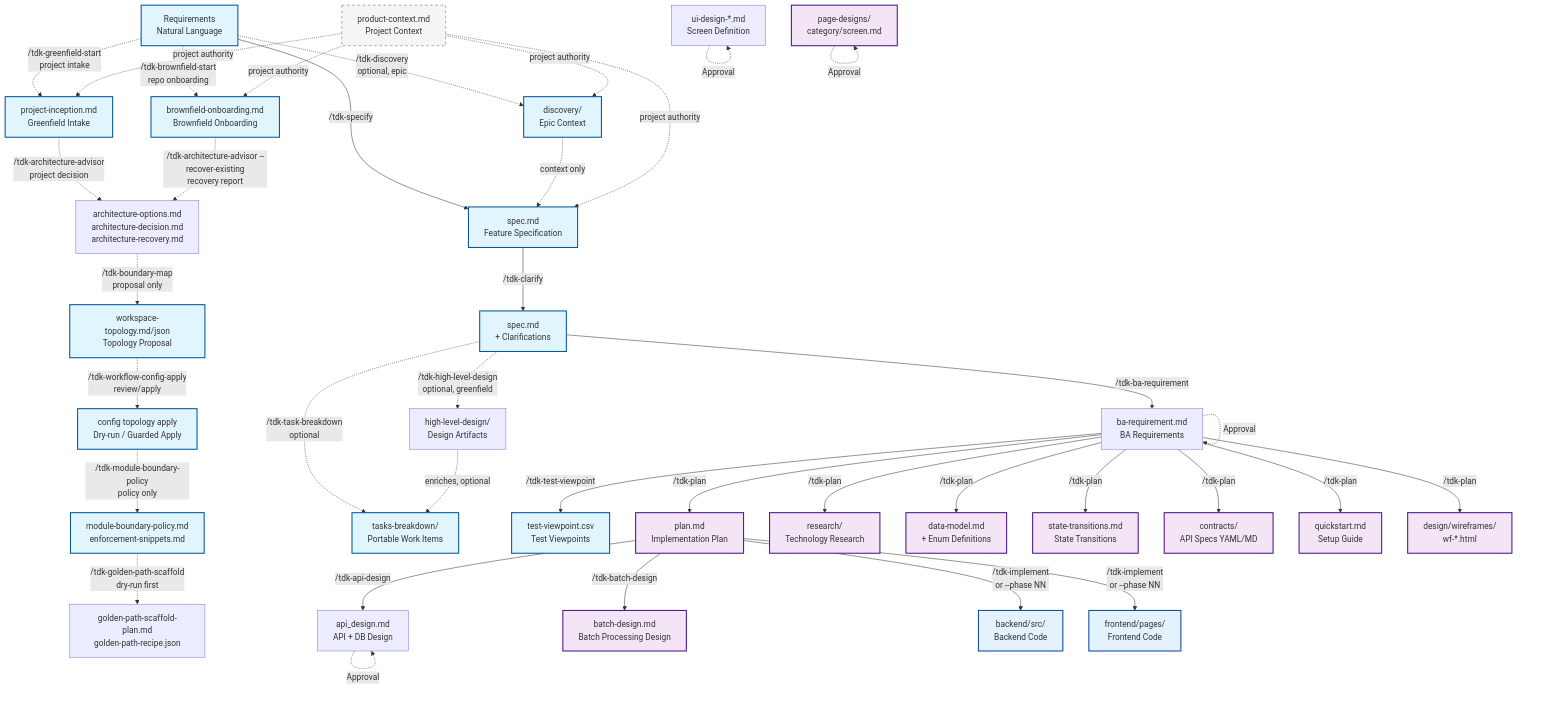
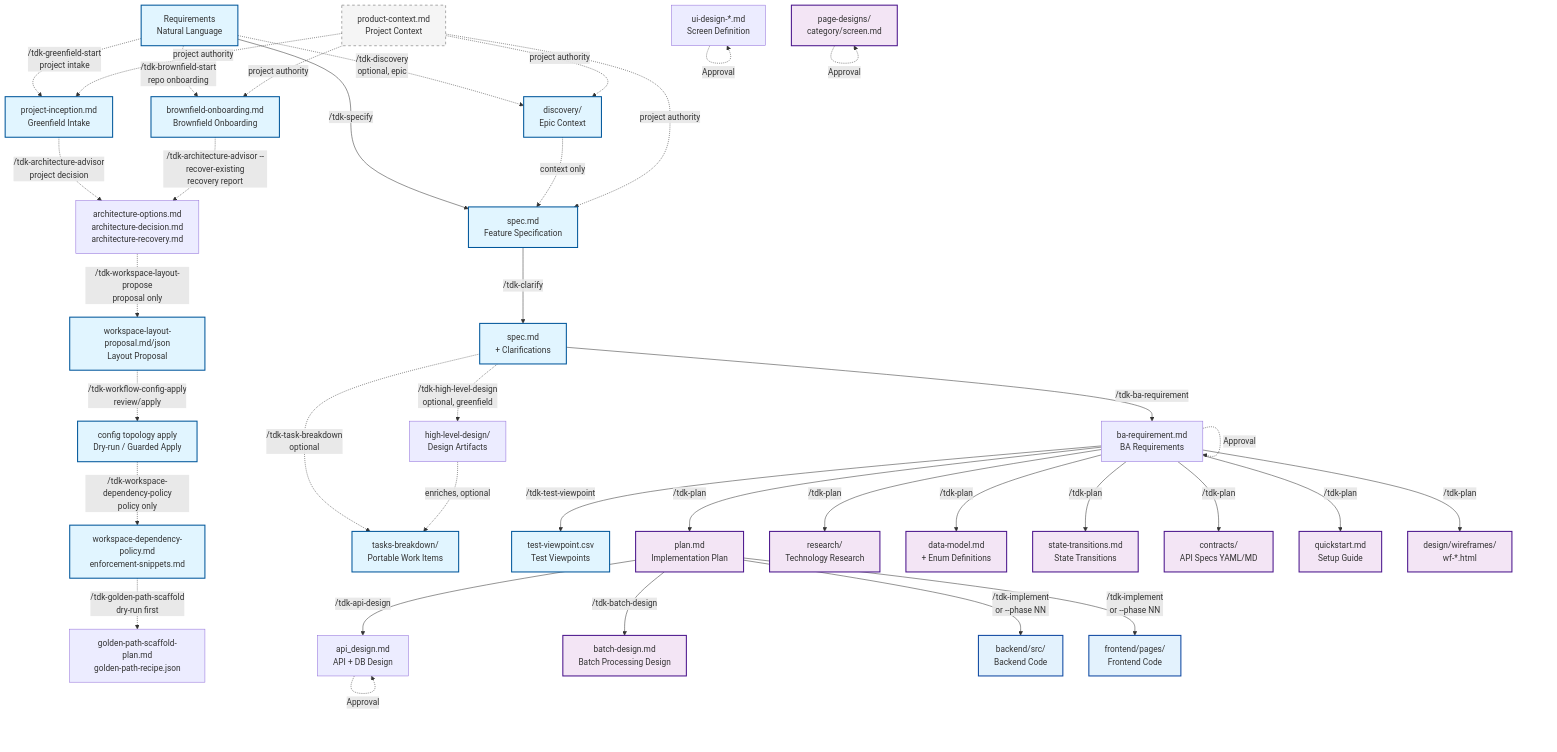
The first of 8 diagrams in .specify/docs/en/guides/document-flow.md (vinhltt/tdk), drawn with Mermaid before and after one commit. The commit also changed other lines of this file and 132 other files, not shown here.

````diff
--- a/.specify/docs/en/guides/document-flow.md
+++ b/.specify/docs/en/guides/document-flow.md
@@ -12,77 +12,77 @@
 ```mermaid
 flowchart TD
     %% Phase 0: Specification
     REQ[Requirements<br/>Natural Language]
     PRODUCT_CONTEXT[product-context.md<br/>Project Context]
     GREENFIELD_INCEPTION[project-inception.md<br/>Greenfield Intake]
     BROWNFIELD_ONBOARDING[brownfield-onboarding.md<br/>Brownfield Onboarding]
     ARCHITECTURE_REPORTS[architecture-options.md<br/>architecture-decision.md<br/>architecture-recovery.md]
-    TOPOLOGY[workspace-topology.md/json<br/>Topology Proposal]
+    TOPOLOGY[workspace-layout-proposal.md/json<br/>Layout Proposal]
     CONFIG_PATCH[config topology apply<br/>Dry-run / Guarded Apply]
-    POLICY[module-boundary-policy.md<br/>enforcement-snippets.md]
+    POLICY[workspace-dependency-policy.md<br/>enforcement-snippets.md]
     GOLDEN_PATH[golden-path-scaffold-plan.md<br/>golden-path-recipe.json]
     DISCOVERY[discovery/<br/>Epic Context]
 
     %% Phase 0: Feature Specification
     REQ -.->|/tdk-greenfield-start<br/>project intake| GREENFIELD_INCEPTION
     REQ -.->|/tdk-brownfield-start<br/>repo onboarding| BROWNFIELD_ONBOARDING
     GREENFIELD_INCEPTION -.->|/tdk-architecture-advisor<br/>project decision| ARCHITECTURE_REPORTS
     BROWNFIELD_ONBOARDING -.->|/tdk-architecture-advisor --recover-existing<br/>recovery report| ARCHITECTURE_REPORTS
-    ARCHITECTURE_REPORTS -.->|/tdk-boundary-map<br/>proposal only| TOPOLOGY
+    ARCHITECTURE_REPORTS -.->|/tdk-workspace-layout-propose<br/>proposal only| TOPOLOGY
     TOPOLOGY -.->|/tdk-workflow-config-apply<br/>review/apply| CONFIG_PATCH
-    CONFIG_PATCH -.->|/tdk-module-boundary-policy<br/>policy only| POLICY
+    CONFIG_PATCH -.->|/tdk-workspace-dependency-policy<br/>policy only| POLICY
     POLICY -.->|/tdk-golden-path-scaffold<br/>dry-run first| GOLDEN_PATH
     REQ -.->|/tdk-discovery<br/>optional, epic| DISCOVERY
     REQ -->|/tdk-specify| SPEC[spec.md<br/>Feature Specification]
     DISCOVERY -.->|context only| SPEC
     PRODUCT_CONTEXT -.->|project authority| GREENFIELD_INCEPTION
     PRODUCT_CONTEXT -.->|project authority| BROWNFIELD_ONBOARDING
     PRODUCT_CONTEXT -.->|project authority| DISCOVERY
     PRODUCT_CONTEXT -.->|project authority| SPEC
     SPEC -->|/tdk-clarify| SPEC_CLARIFIED[spec.md<br/>+ Clarifications]
     SPEC_CLARIFIED -.->|/tdk-high-level-design<br/>optional, greenfield| HLD[high-level-design/<br/>Design Artifacts]
     SPEC_CLARIFIED -.->|/tdk-task-breakdown<br/>optional| TASK_BREAKDOWN[tasks-breakdown/<br/>Portable Work Items]
     HLD -.->|enriches, optional| TASK_BREAKDOWN
     SPEC_CLARIFIED -->|/tdk-ba-requirement| BA_REQ[ba-requirement.md<br/>BA Requirements]
     BA_REQ -.->|Approval| BA_REQ
     BA_REQ -->|/tdk-test-viewpoint| TEST_VP[test-viewpoint.csv<br/>Test Viewpoints]
 
     %% Phase 1: Architecture & Design
     BA_REQ -->|/tdk-plan| PLAN[plan.md<br/>Implementation Plan]
     BA_REQ -->|/tdk-plan| RESEARCH[research/<br/>Technology Research]
     BA_REQ -->|/tdk-plan| DATAMODEL[data-model.md<br/>+ Enum Definitions]
     BA_REQ -->|/tdk-plan| STATETRANS[state-transitions.md<br/>State Transitions]
     BA_REQ -->|/tdk-plan| CONTRACTS[contracts/<br/>API Specs YAML/MD]
     BA_REQ -->|/tdk-plan| QUICKSTART[quickstart.md<br/>Setup Guide]
     BA_REQ -->|/tdk-plan| WIREFRAMES[design/wireframes/<br/>wf-*.html]
 
     %% Phase 1: Detailed Design & Approval
     PLAN -->|/tdk-api-design| API_DESIGN[api_design.md<br/>API + DB Design]
     PLAN -->|/tdk-batch-design| BATCH_DESIGN[batch-design.md<br/>Batch Processing Design]
     PAGEDESIGNS[page-designs/<br/>category/screen.md]
     UI_DESIGN[ui-design-*.md<br/>Screen Definition]
     API_DESIGN -.->|Approval| API_DESIGN
     UI_DESIGN -.->|Approval| UI_DESIGN
     PAGEDESIGNS -.->|Approval| PAGEDESIGNS
 
     %% Phase 2: Implementation (Solo Path - Primary)
     PLAN -->|/tdk-implement<br/>or --phase NN| CODE_BE[backend/src/<br/>Backend Code]
     PLAN -->|/tdk-implement<br/>or --phase NN| CODE_FE[frontend/pages/<br/>Frontend Code]
 
     %% Styling
     classDef phase0 fill:#e1f5ff,stroke:#01579b,stroke-width:2px
     classDef phase1 fill:#f3e5f5,stroke:#4a148c,stroke-width:2px
     classDef phase2 fill:#fff3e0,stroke:#e65100,stroke-width:2px
     classDef phase3 fill:#e8f5e9,stroke:#1b5e20,stroke-width:2px
     classDef phase4 fill:#fff9c4,stroke:#f57f17,stroke-width:2px
     classDef phase5 fill:#ffebee,stroke:#b71c1c,stroke-width:2px
     classDef reference fill:#f5f5f5,stroke:#616161,stroke-width:1px,stroke-dasharray: 5 5
     classDef code fill:#e3f2fd,stroke:#0d47a1,stroke-width:2px
     classDef infra fill:#fce4ec,stroke:#880e4f,stroke-width:2px
 
     class REQ,GREENFIELD_INCEPTION,BROWNFIELD_ONBOARDING,TOPOLOGY,CONFIG_PATCH,POLICY,DISCOVERY,SPEC,SPEC_CLARIFIED,TASK_BREAKDOWN phase0
     class PLAN,RESEARCH,DATAMODEL,STATETRANS,CONTRACTS,QUICKSTART,WIREFRAMES,PAGEDESIGNS,BATCH_DESIGN phase1
     class TEST_VP phase0
     class PRODUCT_CONTEXT,CONSTITUTION,UIUX,REF_DATAMODEL,REF_STATE reference
     class CODE_BE,CODE_FE,TESTS code
 ```
````
